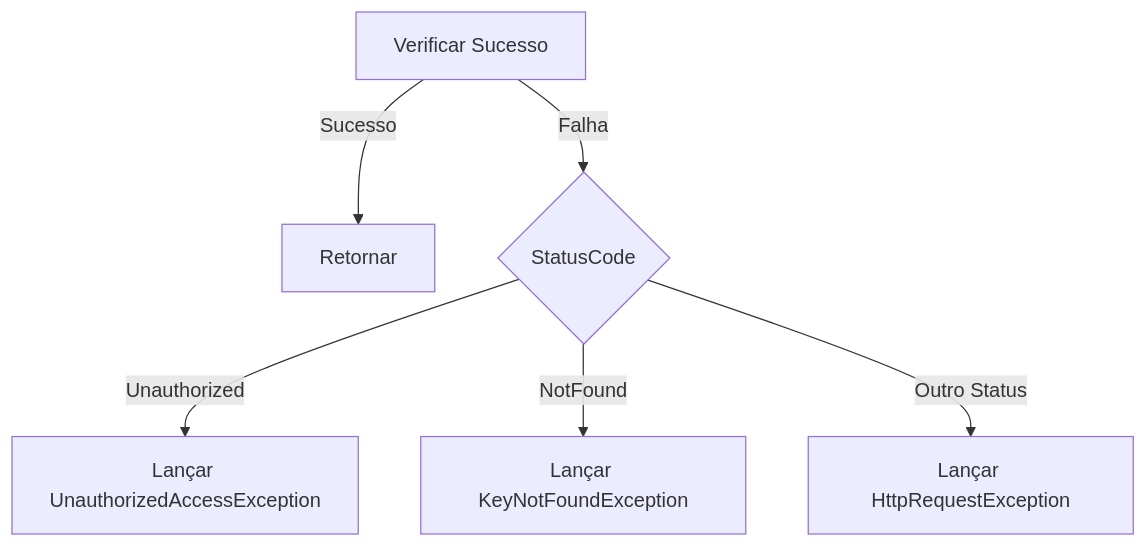
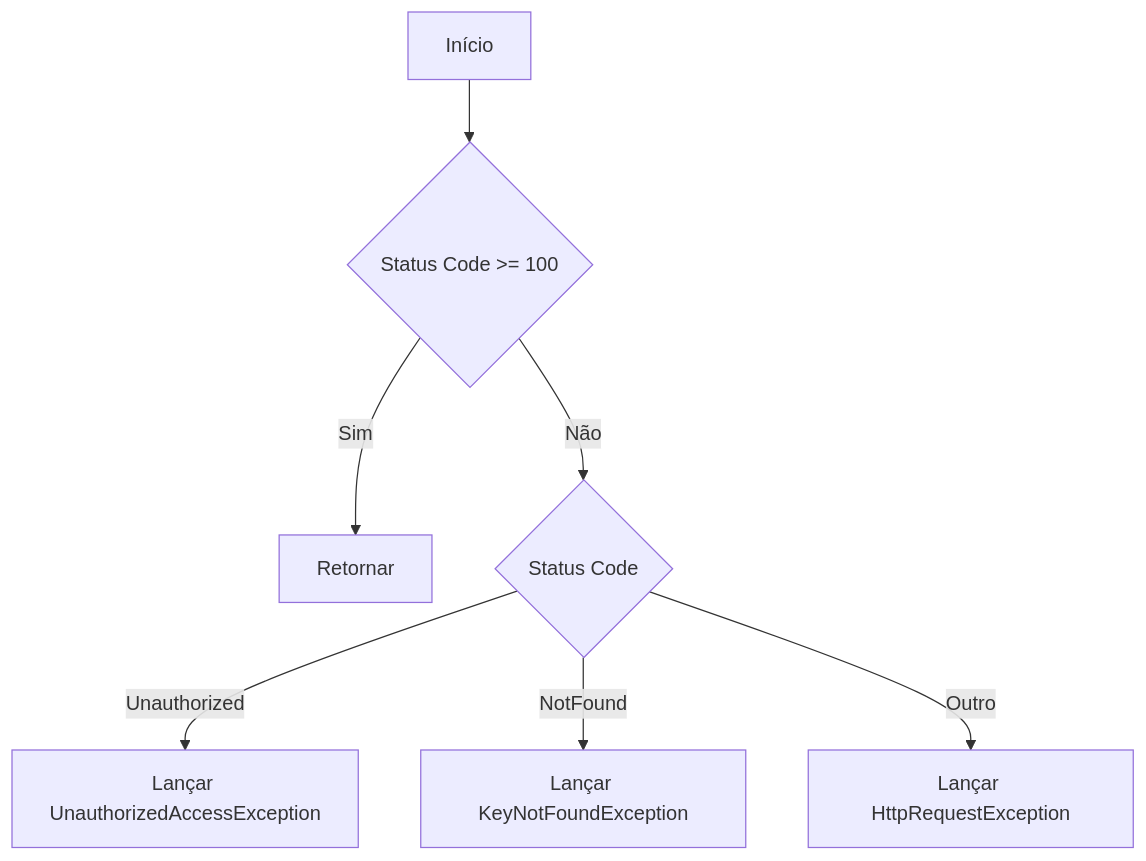
One commit to IsthmusSistemas/documentacao-tecnica changed the first of 2 diagrams in docs/b2b-dominio/IsthmusWinthor.Nucleo/IsthmusWinthor.Dominio/HttpResponse.md. Above: the diagram before and after it, drawn with Mermaid. The commit also changed other lines of this file and 882 other files, not shown here.

````diff
--- a/docs/b2b-dominio/IsthmusWinthor.Nucleo/IsthmusWinthor.Dominio/HttpResponse.md
+++ b/docs/b2b-dominio/IsthmusWinthor.Nucleo/IsthmusWinthor.Dominio/HttpResponse.md
@@ -23,8 +20,9 @@
 ```mermaid
 flowchart TD
-    A[Verificar Sucesso] -->|Sucesso| B[Retornar]
-    A -->|Falha| C{StatusCode}
-    C -->|Unauthorized| D[Lançar UnauthorizedAccessException]
-    C -->|NotFound| E[Lançar KeyNotFoundException]
-    C -->|Outro Status| F[Lançar HttpRequestException]
+    A[Início] --> B{Status Code >= 100}
+    B -->|Sim| C[Retornar]
+    B -->|Não| D{Status Code}
+    D -->|Unauthorized| E[Lançar UnauthorizedAccessException]
+    D -->|NotFound| F[Lançar KeyNotFoundException]
+    D -->|Outro| G[Lançar HttpRequestException]
 ```
````
